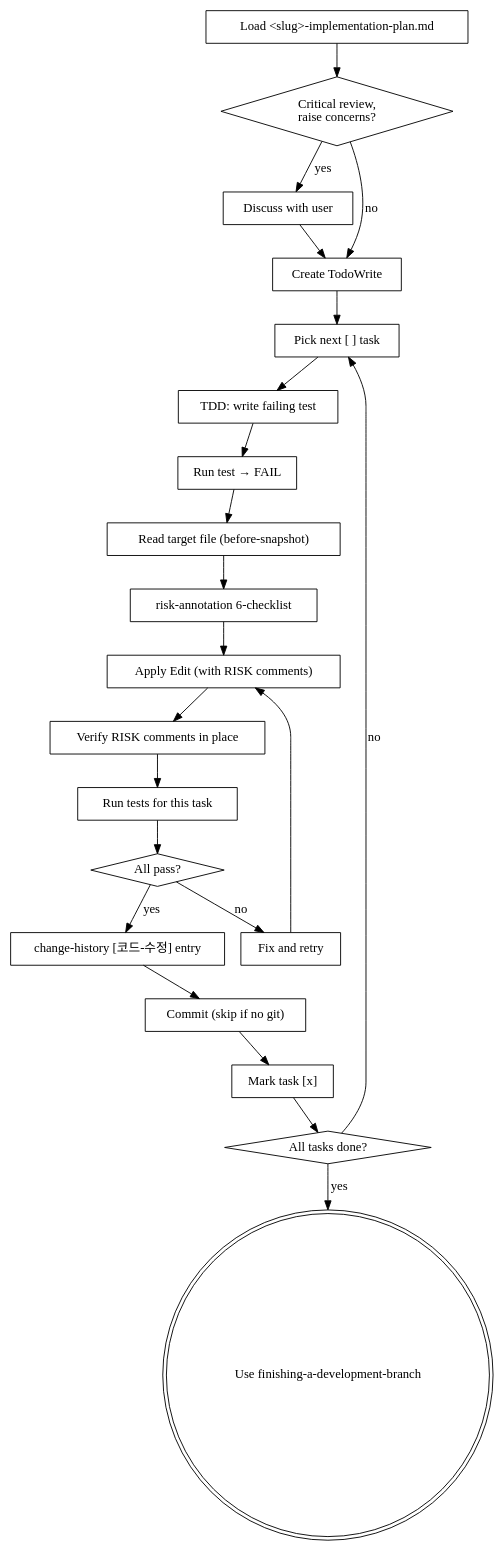
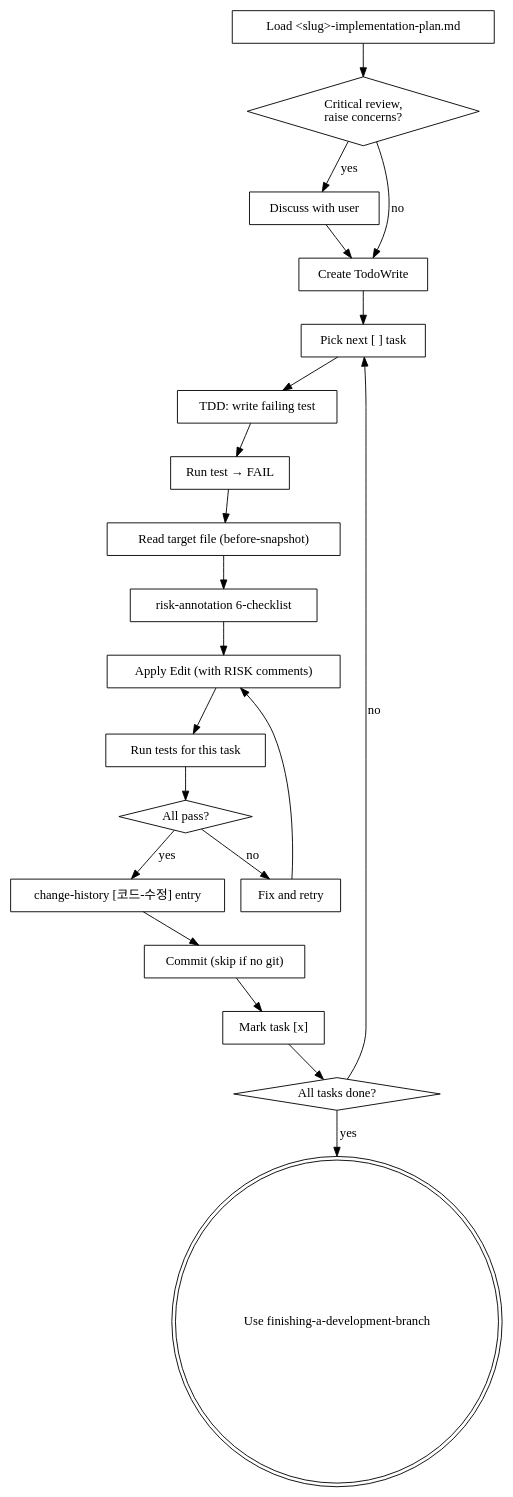
One commit to deokjinlog/intent-locked-workflow changed the diagram in skills/executing-plans/SKILL.md. Above: the diagram before and after it, drawn with Graphviz. The commit also changed other lines of this file and 5 other files, not shown here.

````diff
--- a/skills/executing-plans/SKILL.md
+++ b/skills/executing-plans/SKILL.md
@@ -44,45 +73,43 @@
 ```dot
 digraph exec_flow {
     "Load <slug>-implementation-plan.md" [shape=box];
     "Critical review,\nraise concerns?" [shape=diamond];
     "Discuss with user" [shape=box];
     "Create TodoWrite" [shape=box];
     "Pick next [ ] task" [shape=box];
     "TDD: write failing test" [shape=box];
     "Run test → FAIL" [shape=box];
     "Read target file (before-snapshot)" [shape=box];
     "risk-annotation 6-checklist" [shape=box];
     "Apply Edit (with RISK comments)" [shape=box];
-    "Verify RISK comments in place" [shape=box];
     "Run tests for this task" [shape=box];
     "All pass?" [shape=diamond];
     "change-history [코드-수정] entry" [shape=box];
     "Commit (skip if no git)" [shape=box];
     "Mark task [x]" [shape=box];
     "All tasks done?" [shape=diamond];
     "Fix and retry" [shape=box];
     "Use finishing-a-development-branch" [shape=doublecircle];
 
     "Load <slug>-implementation-plan.md" -> "Critical review,\nraise concerns?";
     "Critical review,\nraise concerns?" -> "Discuss with user" [label="yes"];
     "Discuss with user" -> "Create TodoWrite";
     "Critical review,\nraise concerns?" -> "Create TodoWrite" [label="no"];
     "Create TodoWrite" -> "Pick next [ ] task";
     "Pick next [ ] task" -> "TDD: write failing test";
     "TDD: write failing test" -> "Run test → FAIL";
     "Run test → FAIL" -> "Read target file (before-snapshot)";
     "Read target file (before-snapshot)" -> "risk-annotation 6-checklist";
     "risk-annotation 6-checklist" -> "Apply Edit (with RISK comments)";
-    "Apply Edit (with RISK comments)" -> "Verify RISK comments in place";
-    "Verify RISK comments in place" -> "Run tests for this task";
+    "Apply Edit (with RISK comments)" -> "Run tests for this task";
     "Run tests for this task" -> "All pass?";
     "All pass?" -> "change-history [코드-수정] entry" [label="yes"];
     "All pass?" -> "Fix and retry" [label="no"];
     "Fix and retry" -> "Apply Edit (with RISK comments)";
     "change-history [코드-수정] entry" -> "Commit (skip if no git)";
     "Commit (skip if no git)" -> "Mark task [x]";
     "Mark task [x]" -> "All tasks done?";
     "All tasks done?" -> "Pick next [ ] task" [label="no"];
     "All tasks done?" -> "Use finishing-a-development-branch" [label="yes"];
 }
 ```
````
